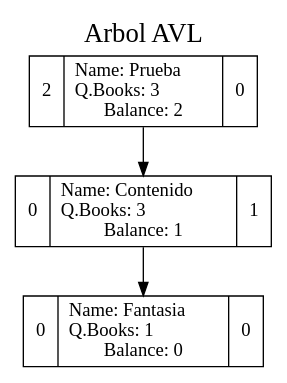
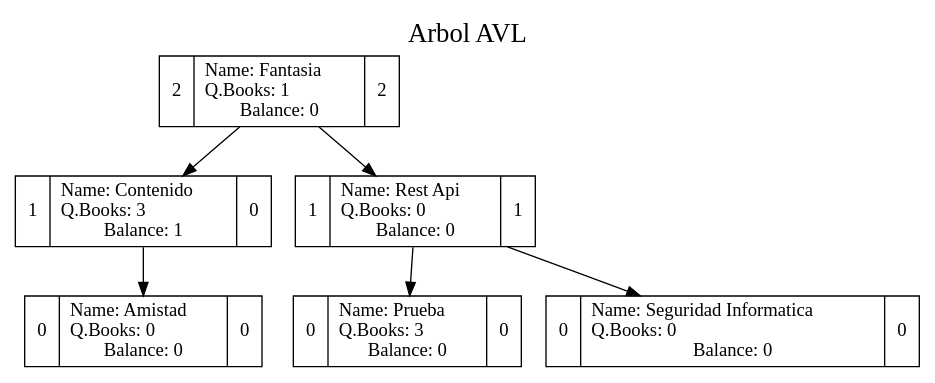
Before and after one commit to elJuanjoRamos/EDD_1S2020_PY2_201801262: the diagram in EDD_Proyecto2/AVLTree.dot, drawn with Graphviz. The commit also changed 40 other files, not shown here.

```diff
--- a/EDD_Proyecto2/AVLTree.dot
+++ b/EDD_Proyecto2/AVLTree.dot
@@ -1,9 +1,15 @@
 digraph grafica{
 rankdir=TB;graph[label="Arbol AVL", labelloc=t, fontsize=20, compound=true]
 node [shape = record, style=filled, fillcolor=white];
-nodo2 [ label ="2|Name: Prueba\lQ.Books: 3\lBalance: 2|0"];
-nodo1 [ label ="0|Name: Contenido\lQ.Books: 3\lBalance: 1|1"];
-nodo3 [ label ="0|Name: Fantasia\lQ.Books: 1\lBalance: 0|0"];
-nodo1->nodo3
-nodo2->nodo1
+nodo3 [ label ="2|Name: Fantasia\lQ.Books: 1\lBalance: 0|2"];
+nodo1 [ label ="1|Name: Contenido\lQ.Books: 3\lBalance: 1|0"];
+nodo4 [ label ="0|Name: Amistad\lQ.Books: 0\lBalance: 0|0"];
+nodo1->nodo4
+nodo3->nodo1
+nodo5 [ label ="1|Name: Rest Api\lQ.Books: 0\lBalance: 0|1"];
+nodo2 [ label ="0|Name: Prueba\lQ.Books: 3\lBalance: 0|0"];
+nodo5->nodo2
+nodo6 [ label ="0|Name: Seguridad Informatica\lQ.Books: 0\lBalance: 0|0"];
+nodo5->nodo6
+nodo3->nodo5
 }
```
